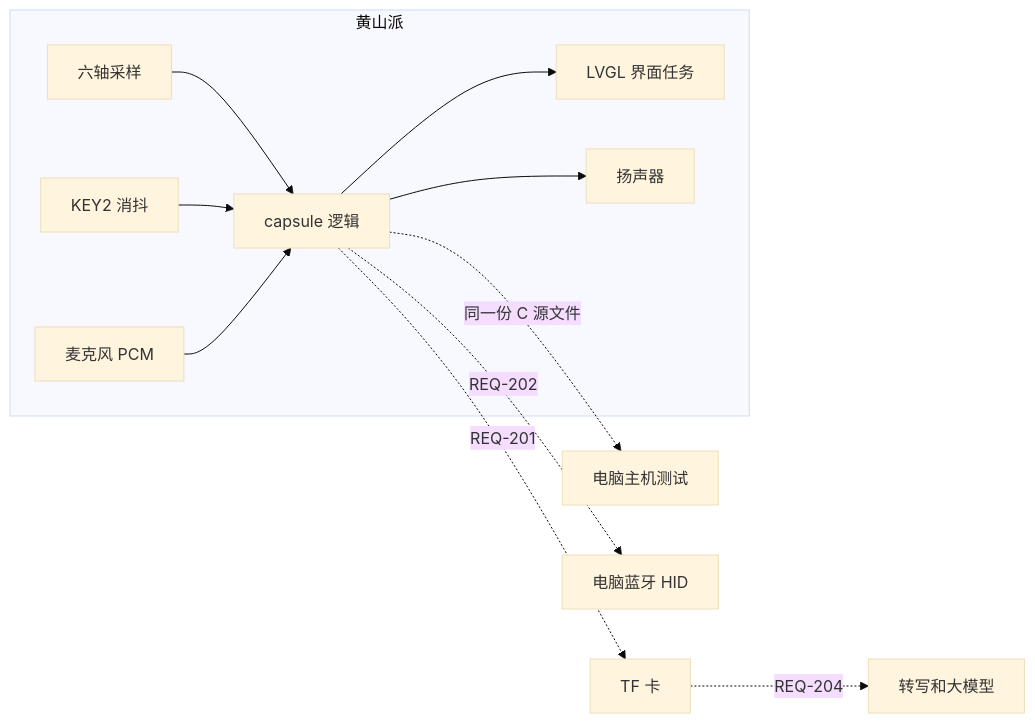
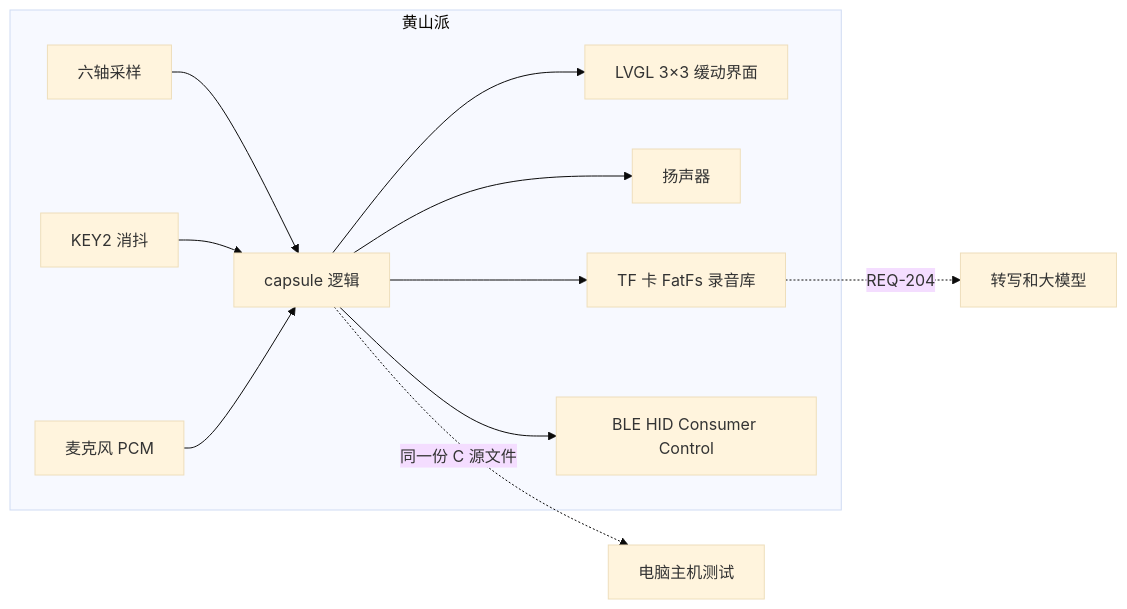
Before and after one commit to Yanagi42/pomo-memo-key: the first of 3 diagrams in docs/02-方案设计说明.md, drawn with Mermaid (base theme). The commit also changed other lines of this file and 116 other files, not shown here.

````diff
--- a/docs/02-方案设计说明.md
+++ b/docs/02-方案设计说明.md
@@ -26,24 +29,24 @@
 ```mermaid
 flowchart LR
   subgraph board [黄山派]
     imu[六轴采样]
     key[KEY2 消抖]
     mic[麦克风 PCM]
     logic[capsule 逻辑]
-    ui[LVGL 界面任务]
+    ui[LVGL 3×3 缓动界面]
     spk[扬声器]
+    tf[TF 卡 FatFs 录音库]
+    ble[BLE HID Consumer Control]
     imu --> logic
     key --> logic
     mic --> logic
     logic --> ui
     logic --> spk
+    logic --> tf
+    logic --> ble
   end
   host[电脑主机测试]
   logic -. 同一份 C 源文件 .-> host
-  tf[TF 卡]
-  hid[电脑蓝牙 HID]
   llm[转写和大模型]
-  logic -. REQ-201 .-> tf
-  logic -. REQ-202 .-> hid
   tf -. REQ-204 .-> llm
 ```
````
